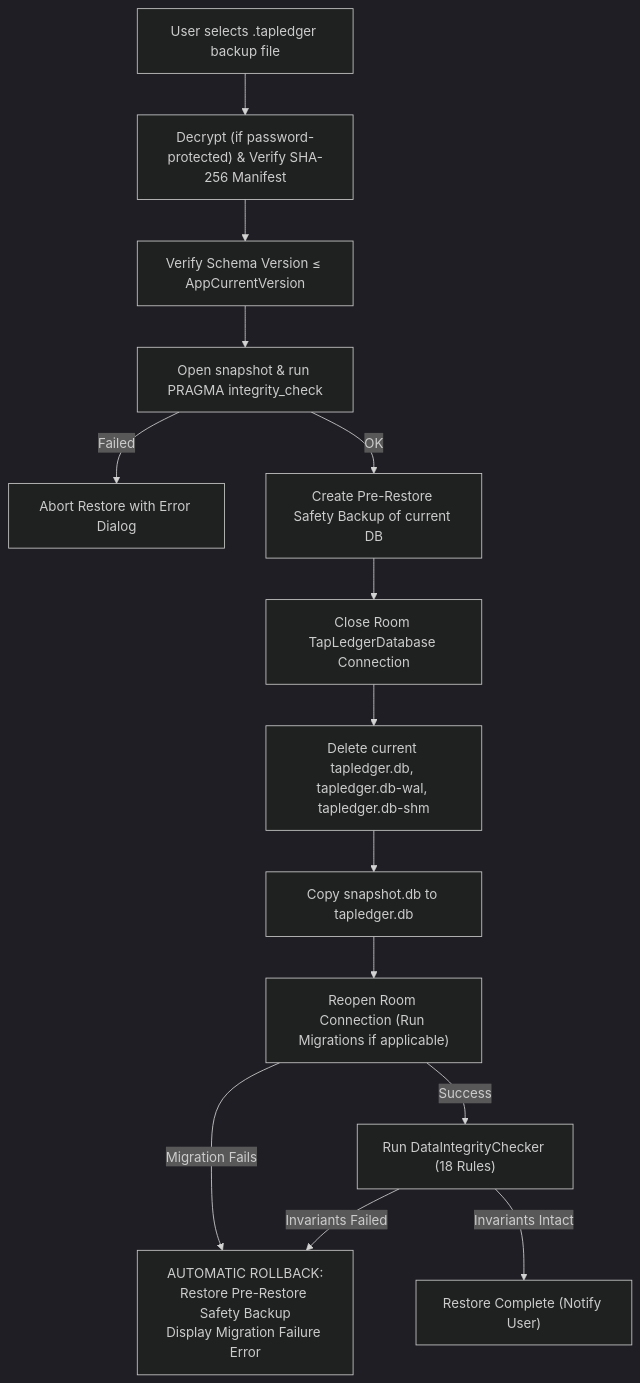
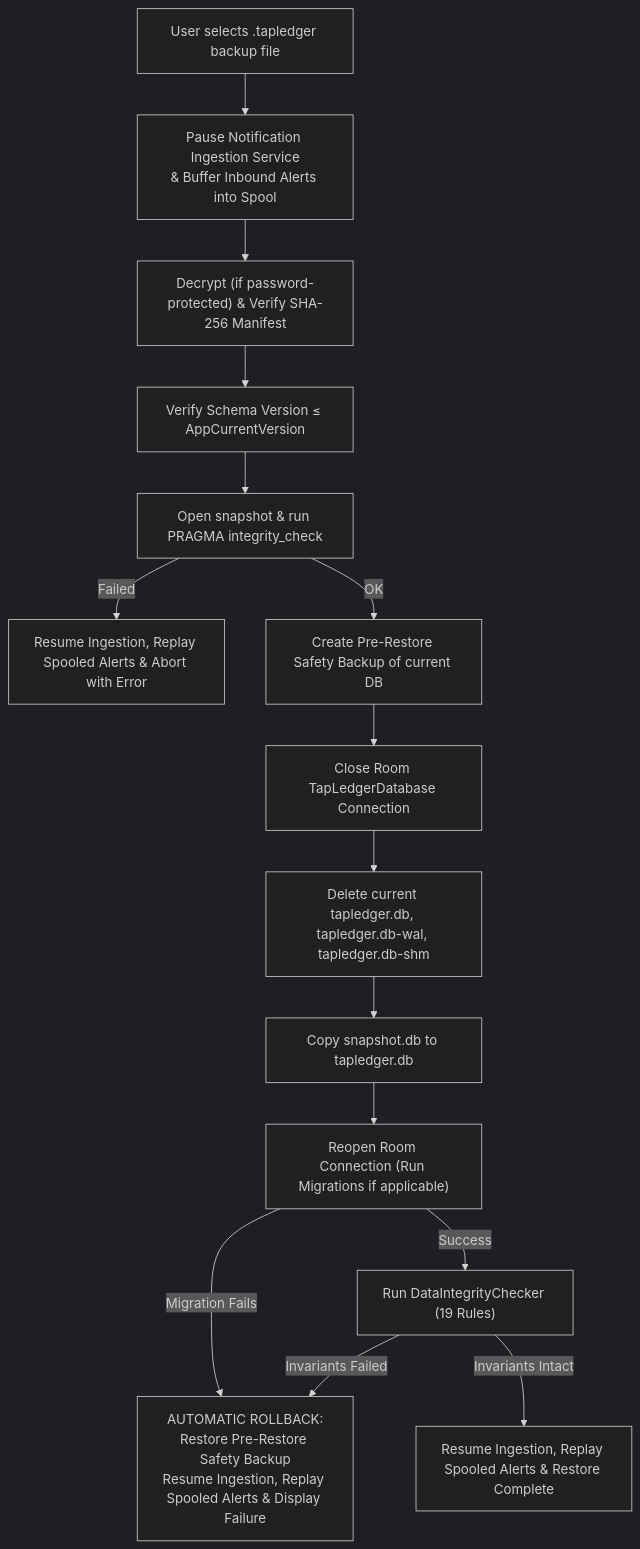
Before and after one commit to Ganesh1110/Tap_Ledger: the sixth of 7 diagrams in Flow.md, drawn with Mermaid (dark theme). The commit also changed other lines of this file, not shown here.

Commit message:
Implement feature X to enhance user experience and optimize performance

````diff
--- a/Flow.md
+++ b/Flow.md
@@ -535,19 +626,20 @@
 ```mermaid
 flowchart TD
-    A["User selects .tapledger backup file"] --> B["Decrypt (if password-protected) & Verify SHA-256 Manifest"]
-    B --> C["Verify Schema Version ≤ AppCurrentVersion"]
-    C --> D["Open snapshot & run PRAGMA integrity_check"]
-    D -- Failed --> E["Abort Restore with Error Dialog"]
-    D -- OK --> F["Create Pre-Restore Safety Backup of current DB"]
+    A["User selects .tapledger backup file"] --> B["Pause Notification Ingestion Service\n& Buffer Inbound Alerts into Spool"]
+    B --> C["Decrypt (if password-protected) & Verify SHA-256 Manifest"]
+    C --> D["Verify Schema Version ≤ AppCurrentVersion"]
+    D --> E["Open snapshot & run PRAGMA integrity_check"]
+    E -- Failed --> F["Resume Ingestion, Replay Spooled Alerts & Abort with Error"]
+    E -- OK --> G["Create Pre-Restore Safety Backup of current DB"]
 
-    F --> G["Close Room TapLedgerDatabase Connection"]
-    G --> H["Delete current tapledger.db, tapledger.db-wal, tapledger.db-shm"]
-    H --> I["Copy snapshot.db to tapledger.db"]
-    I --> J["Reopen Room Connection (Run Migrations if applicable)"]
+    G --> H["Close Room TapLedgerDatabase Connection"]
+    H --> I["Delete current tapledger.db, tapledger.db-wal, tapledger.db-shm"]
+    I --> J["Copy snapshot.db to tapledger.db"]
+    J --> K["Reopen Room Connection (Run Migrations if applicable)"]
 
-    J -- Migration Fails --> K["AUTOMATIC ROLLBACK:\nRestore Pre-Restore Safety Backup\nDisplay Migration Failure Error"]
-    J -- Success --> L["Run DataIntegrityChecker (18 Rules)"]
+    K -- Migration Fails --> L["AUTOMATIC ROLLBACK:\nRestore Pre-Restore Safety Backup\nResume Ingestion, Replay Spooled Alerts & Display Failure"]
+    K -- Success --> M["Run DataIntegrityChecker (19 Rules)"]
 
-    L -- Invariants Intact --> M["Restore Complete (Notify User)"]
-    L -- Invariants Failed --> K
+    M -- Invariants Intact --> N["Resume Ingestion, Replay Spooled Alerts & Restore Complete"]
+    M -- Invariants Failed --> L
 ```
````
